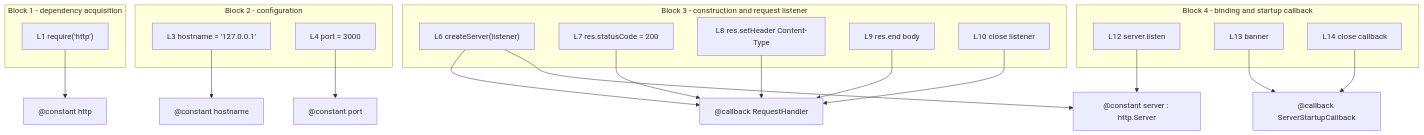
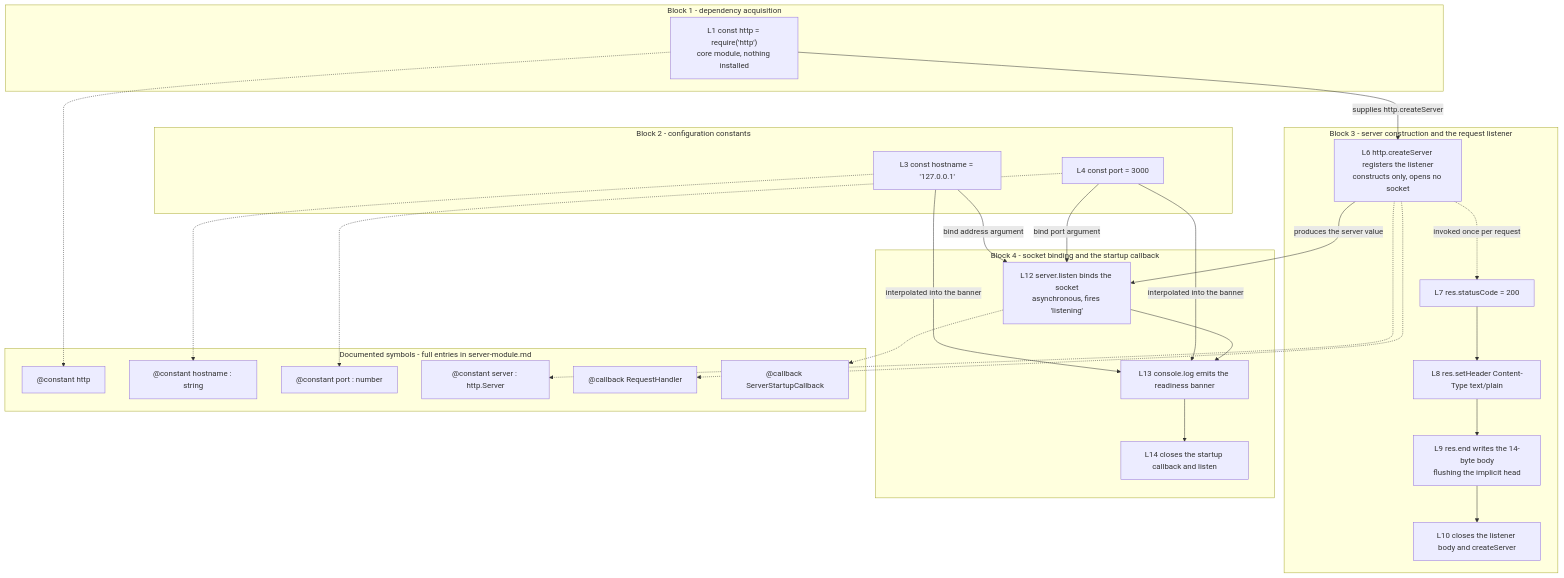
One commit to Sandeep01Kumar/existing-projects-qa-test-03-dec changed the diagram in docs/architecture/code-walkthrough.md. Above: the diagram before and after it, drawn with Mermaid. The commit also changed other lines of this file, not shown here.

First line of the commit message:
Rewrite the code walkthrough as the corpus line-number anchor

````diff
--- a/docs/architecture/code-walkthrough.md
+++ b/docs/architecture/code-walkthrough.md
@@ -159,41 +399,52 @@
 ```mermaid
 flowchart TD
     subgraph B1["Block 1 - dependency acquisition"]
-        L1["L1 require('http')"]
+        L1["L1 const http = require('http')<br/>core module, nothing installed"]
     end
-    subgraph B2["Block 2 - configuration"]
-        L3["L3 hostname = '127.0.0.1'"]
-        L4["L4 port = 3000"]
+    subgraph B2["Block 2 - configuration constants"]
+        L3["L3 const hostname = '127.0.0.1'"]
+        L4["L4 const port = 3000"]
     end
-    subgraph B3["Block 3 - construction and request listener"]
-        L6["L6 createServer(listener)"]
+    subgraph B3["Block 3 - server construction and the request listener"]
+        L6["L6 http.createServer registers the listener<br/>constructs only, opens no socket"]
         L7["L7 res.statusCode = 200"]
-        L8["L8 res.setHeader Content-Type"]
-        L9["L9 res.end body"]
-        L10["L10 close listener"]
+        L8["L8 res.setHeader Content-Type text/plain"]
+        L9["L9 res.end writes the 14-byte body<br/>flushing the implicit head"]
+        L10["L10 closes the listener body and createServer"]
     end
-    subgraph B4["Block 4 - binding and startup callback"]
-        L12["L12 server.listen"]
-        L13["L13 banner"]
-        L14["L14 close callback"]
+    subgraph B4["Block 4 - socket binding and the startup callback"]
+        L12["L12 server.listen binds the socket<br/>asynchronous, fires 'listening'"]
+        L13["L13 console.log emits the readiness banner"]
+        L14["L14 closes the startup callback and listen"]
     end
-    S1["@constant http"]
-    S2["@constant hostname"]
-    S3["@constant port"]
-    S4["@constant server : http.Server"]
-    S5["@callback RequestHandler"]
-    S6["@callback ServerStartupCallback"]
-    L1 --> S1
-    L3 --> S2
-    L4 --> S3
-    L6 --> S4
-    L6 --> S5
-    L7 --> S5
-    L8 --> S5
-    L9 --> S5
-    L10 --> S5
-    L12 --> S4
-    L13 --> S6
-    L14 --> S6
-%% Blank lines L2, L5 and L11 carry no symbol; they are the block boundaries.
+    subgraph SYM["Documented symbols - full entries in server-module.md"]
+        SH["@constant http"]
+        SN["@constant hostname : string"]
+        SP["@constant port : number"]
+        SS["@constant server : http.Server"]
+        SR["@callback RequestHandler"]
+        SC["@callback ServerStartupCallback"]
+    end
+    L1 -->|"supplies http.createServer"| L6
+    L6 -->|"produces the server value"| L12
+    L3 -->|"bind address argument"| L12
+    L4 -->|"bind port argument"| L12
+    L3 -->|"interpolated into the banner"| L13
+    L4 -->|"interpolated into the banner"| L13
+    L6 -. "invoked once per request" .-> L7
+    L7 --> L8
+    L8 --> L9
+    L9 --> L10
+    L12 --> L13
+    L13 --> L14
+    L1 -.-> SH
+    L3 -.-> SN
+    L4 -.-> SP
+    L6 -.-> SS
+    L6 -.-> SR
+    L12 -.-> SC
+%% Blank lines L2, L5 and L11 are the block boundaries themselves, so they
+%% document no symbol and carry no node here. Only components that exist in
+%% server.js appear: one module, one server, one listener. No proxy, database,
+%% cache, queue or second service exists in this system.
 ```
````
